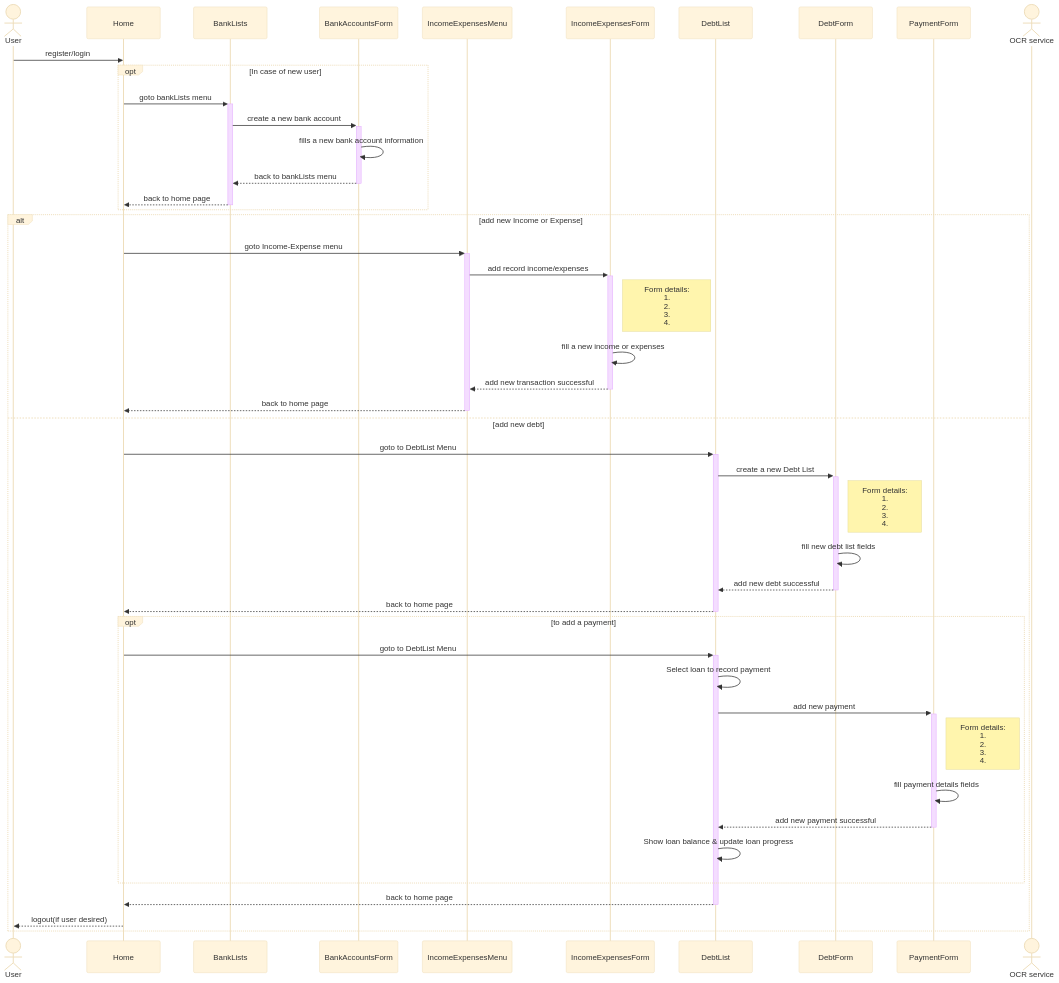
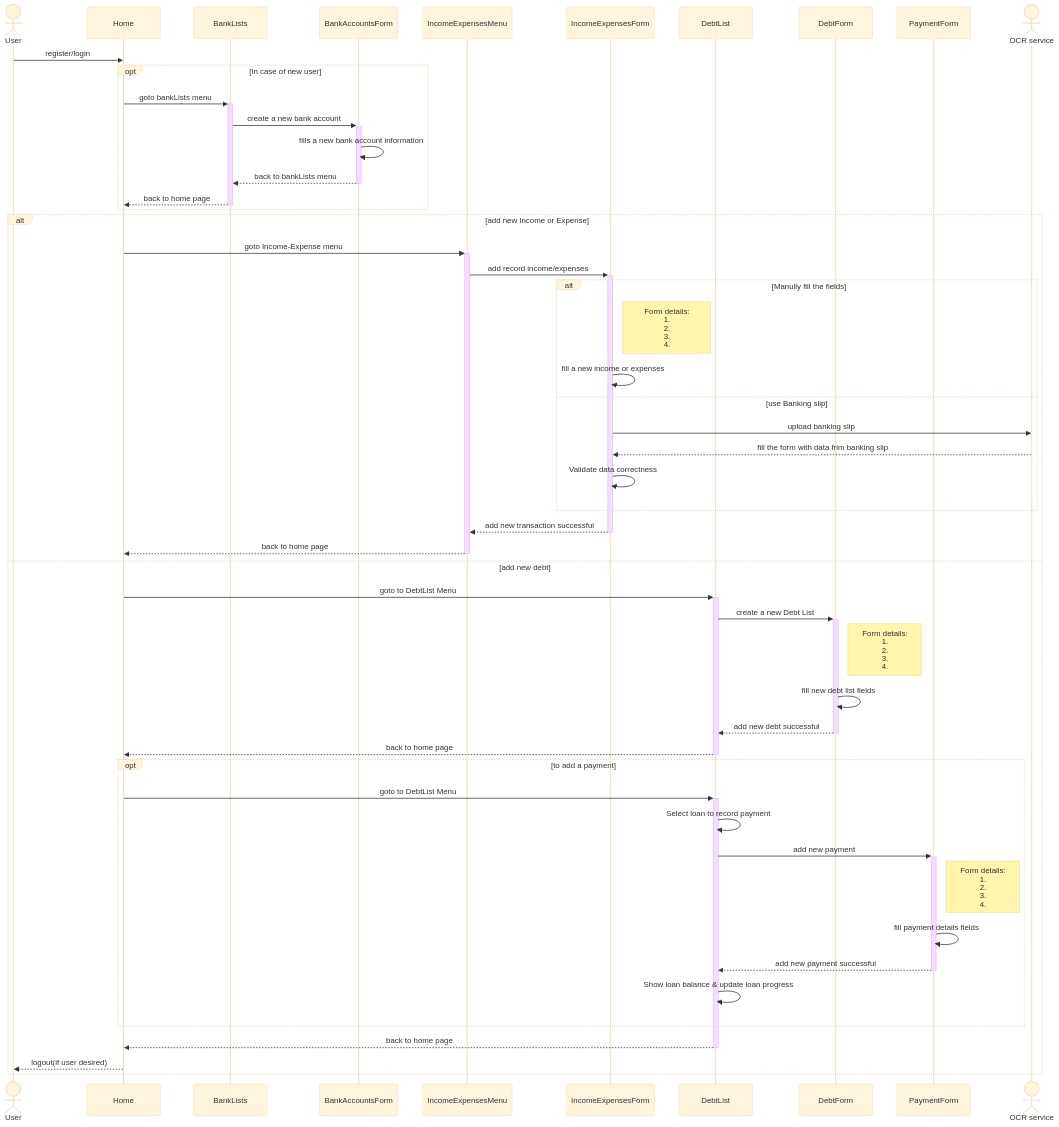
One commit to SawatKia/WealthTracking changed the diagram in design/UserFlow.mmd. Above: the diagram before and after it, drawn with Mermaid (base theme).

Commit message:
add ocr service

```diff
--- a/design/UserFlow.mmd
+++ b/design/UserFlow.mmd
@@ -1,46 +1,52 @@
 sequenceDiagram
     actor User
     participant Home
     participant Bank as BankLists
     participant BankAccountsForm
     participant IncomeExpensesMenu
     participant IncomeExpensesForm
     participant DebtList
     participant DebtForm
     participant PaymentForm
-    actor OCR service
+    actor Ocr as OCR service
 
     User->>Home: register/login
     opt In case of new user
         Home->>+Bank: goto bankLists menu
         Bank->>+BankAccountsForm: create a new bank account
         BankAccountsForm->>BankAccountsForm: fills a new bank account information
         BankAccountsForm-->>-Bank: back to bankLists menu
         Bank-->>-Home: back to home page
     end
     alt add new Income or Expense
         Home->>+IncomeExpensesMenu: goto Income-Expense menu
         IncomeExpensesMenu->>+IncomeExpensesForm: add record income/expenses
-        Note right of IncomeExpensesForm: Form details:<br>1.<br>2.<br>3.<br>4. 
-        IncomeExpensesForm->>IncomeExpensesForm: fill a new income or expenses
+        alt Manully fill the fields
+            Note right of IncomeExpensesForm: Form details:<br>1.<br>2.<br>3.<br>4. 
+            IncomeExpensesForm->>IncomeExpensesForm: fill a new income or expenses
+        else use Banking slip
+            IncomeExpensesForm->>Ocr: upload banking slip
+            Ocr-->>IncomeExpensesForm:fill the form with data frim banking slip
+            IncomeExpensesForm->>IncomeExpensesForm:Validate data correctness
+        end
         IncomeExpensesForm-->>-IncomeExpensesMenu: add new transaction successful
         IncomeExpensesMenu-->>-Home: back to home page
     else add new debt
         Home->>+DebtList: goto to DebtList Menu
         DebtList->>+DebtForm: create a new Debt List
         Note right of DebtForm: Form details:<br>1.<br>2.<br>3.<br>4. 
         DebtForm->>DebtForm: fill new debt list fields
         DebtForm-->>-DebtList: add new debt successful
         DebtList-->>-Home: back to home page
         opt to add a payment
             Home->>+DebtList: goto to DebtList Menu
             DebtList->>DebtList: Select loan to record payment
             DebtList->>+PaymentForm: add new payment
             Note right of PaymentForm: Form details:<br>1.<br>2.<br>3.<br>4. 
             PaymentForm->>PaymentForm: fill payment details fields
             PaymentForm-->>-DebtList: add new payment successful
             DebtList->>DebtList: Show loan balance & update loan progress
         end
         DebtList-->>-Home: back to home page
         Home-->>User: logout(if user desired)
     end
```
